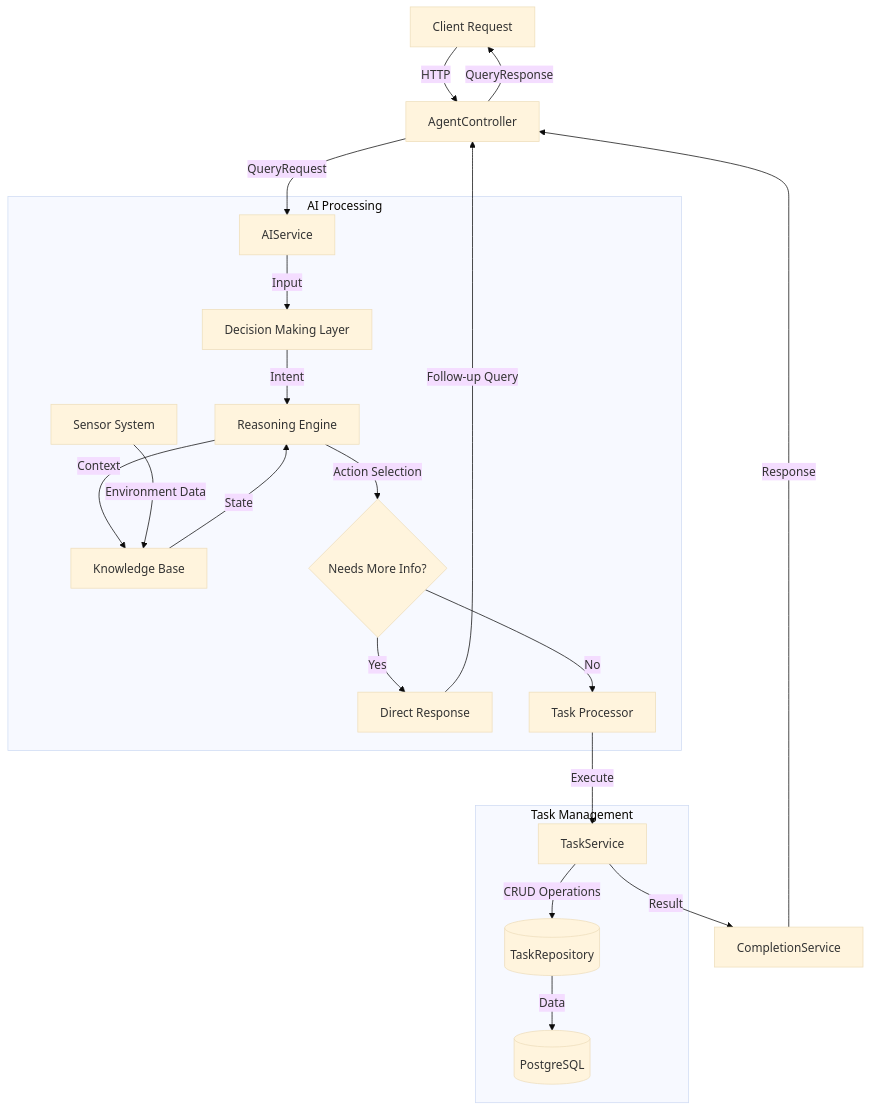
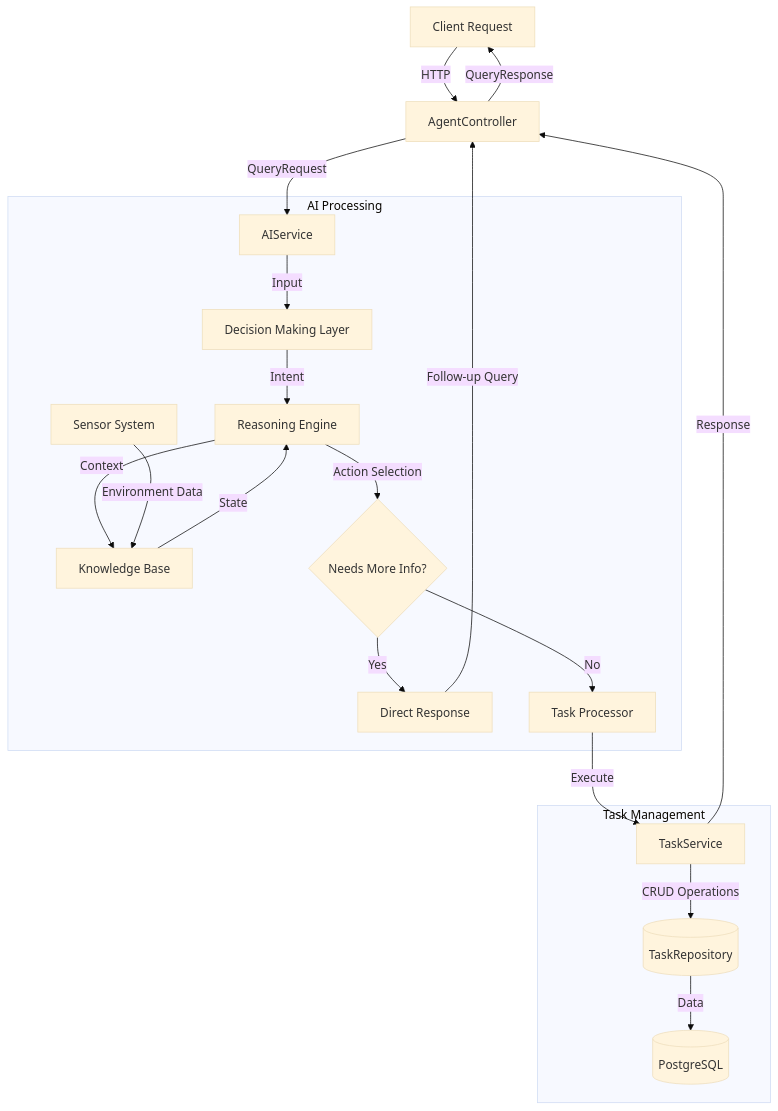
One commit to adamalsalman75/agent changed the diagram in backend/README.md. Above: the diagram before and after it, drawn with Mermaid (base theme). The commit also changed other lines of this file and 4 other files, not shown here.

````diff
--- a/backend/README.md
+++ b/backend/README.md
@@ -122,29 +122,28 @@
 ```mermaid
 graph TD
     Client[Client Request] -->|HTTP| Controller[AgentController]
     Controller -->|QueryRequest| AIService[AIService]
     
     subgraph "AI Processing"
         AIService -->|Input| DecisionMaker[Decision Making Layer]
         DecisionMaker -->|Intent| ReasoningEngine[Reasoning Engine]
         ReasoningEngine -->|Context| KnowledgeBase[Knowledge Base]
         
         SensorSystem[Sensor System] -->|Environment Data| KnowledgeBase
         KnowledgeBase -->|State| ReasoningEngine
         
         ReasoningEngine -->|Action Selection| Decision{Needs More Info?}
         Decision -->|Yes| DirectResponse[Direct Response]
         Decision -->|No| TaskProcessor[Task Processor]
     end
     
     subgraph "Task Management"
         TaskProcessor -->|Execute| TaskService[TaskService]
         TaskService -->|CRUD Operations| Repository[(TaskRepository)]
         Repository -->|Data| Database[(PostgreSQL)]
     end
     
     DirectResponse -->|Follow-up Query| Controller
-    TaskService -->|Result| CompletionService[CompletionService]
-    CompletionService -->|Response| Controller
+    TaskService -->|Response| Controller
     Controller -->|QueryResponse| Client
 ```
````
